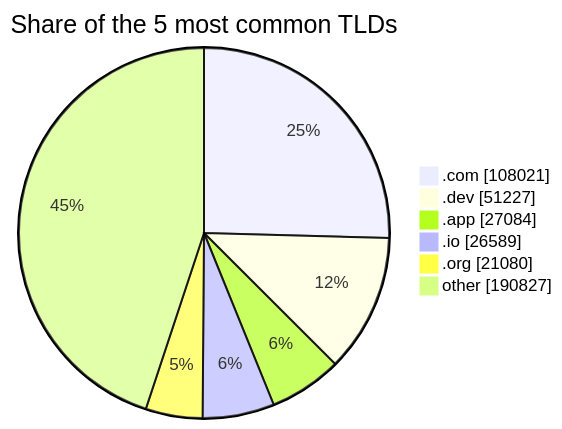
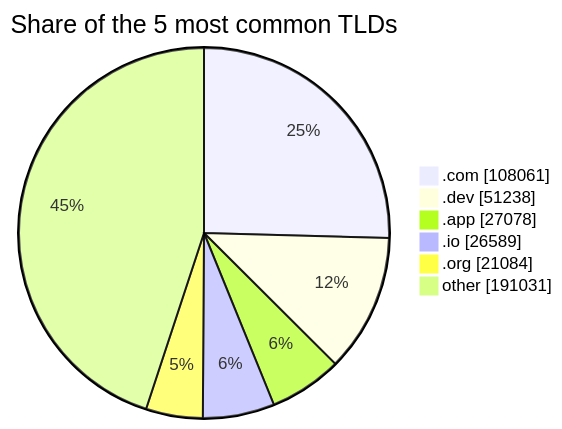
Before and after one commit to DNSBunker/CTI: the third of 3 diagrams in README.md, drawn with Mermaid. The commit also changed other lines of this file and 3 other files, not shown here.

````diff
--- a/README.md
+++ b/README.md
@@ -81,9 +81,9 @@
 ```mermaid
 pie showData title Share of the 5 most common TLDs
-    ".com" : 108021
-    ".dev" : 51227
-    ".app" : 27084
+    ".com" : 108061
+    ".dev" : 51238
+    ".app" : 27078
     ".io" : 26589
-    ".org" : 21080
-    "other" : 190827
+    ".org" : 21084
+    "other" : 191031
 ```
````
